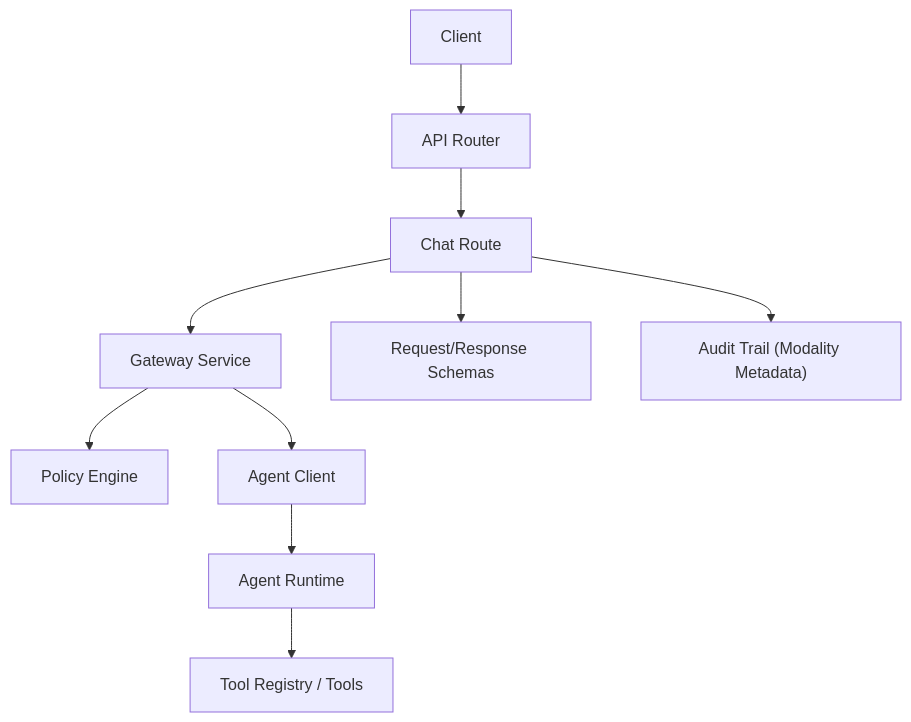
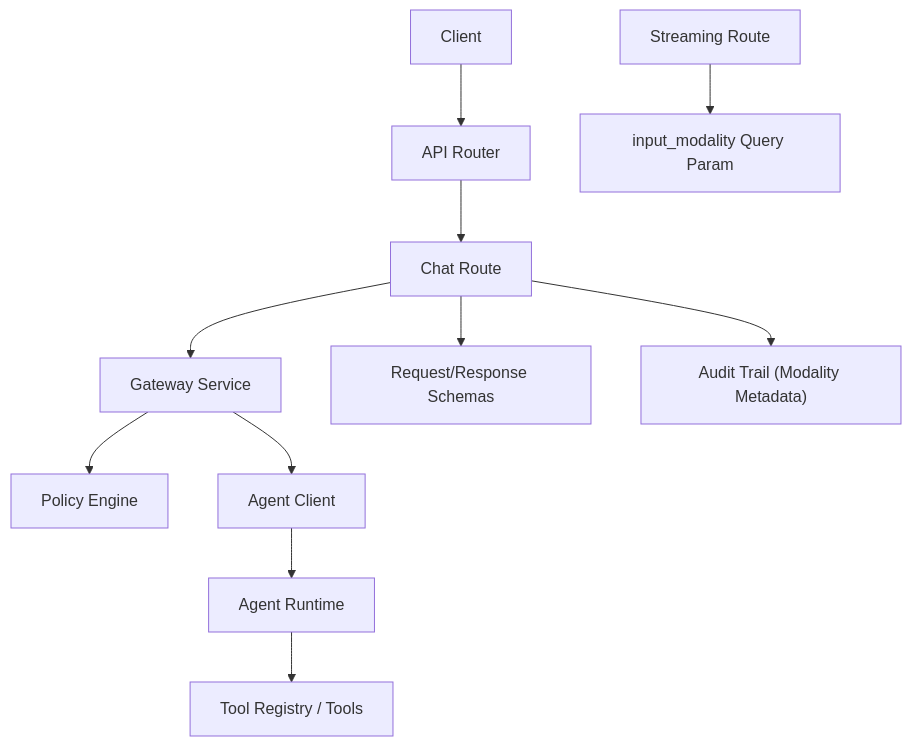
One commit to metasync/luban-aiops changed the first of 3 diagrams in .qoder/repowiki/en/content/Tool Gateway Service/API Endpoints and Authentication/Chat API.md. Above: the diagram before and after it, drawn with Mermaid. The commit also changed other lines of this file and 51 other files, not shown here.

````diff
--- a/.qoder/repowiki/en/content/Tool Gateway Service/API Endpoints and Authentication/Chat API.md
+++ b/.qoder/repowiki/en/content/Tool Gateway Service/API Endpoints and Authentication/Chat API.md
@@ -50,12 +50,13 @@
 ```mermaid
 graph TB
 Client["Client"] --> Router["API Router"]
 Router --> ChatRoute["Chat Route"]
 ChatRoute --> GatewayService["Gateway Service"]
 GatewayService --> PolicyEngine["Policy Engine"]
 GatewayService --> AgentClient["Agent Client"]
 AgentClient --> AgentRuntime["Agent Runtime"]
 AgentRuntime --> Tools["Tool Registry / Tools"]
 ChatRoute --> Schemas["Request/Response Schemas"]
 ChatRoute --> AuditTrail["Audit Trail (Modality Metadata)"]
+StreamingRoute["Streaming Route"] --> ModalityParam["input_modality Query Param"]
 ```
````
